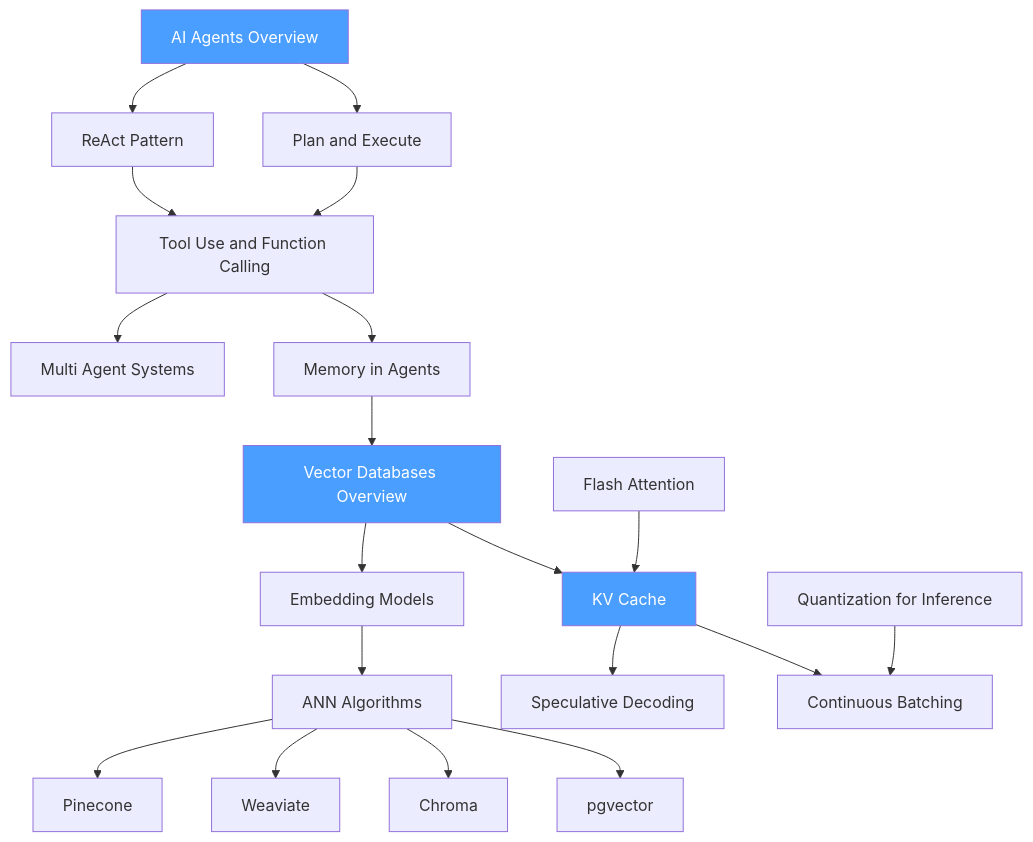
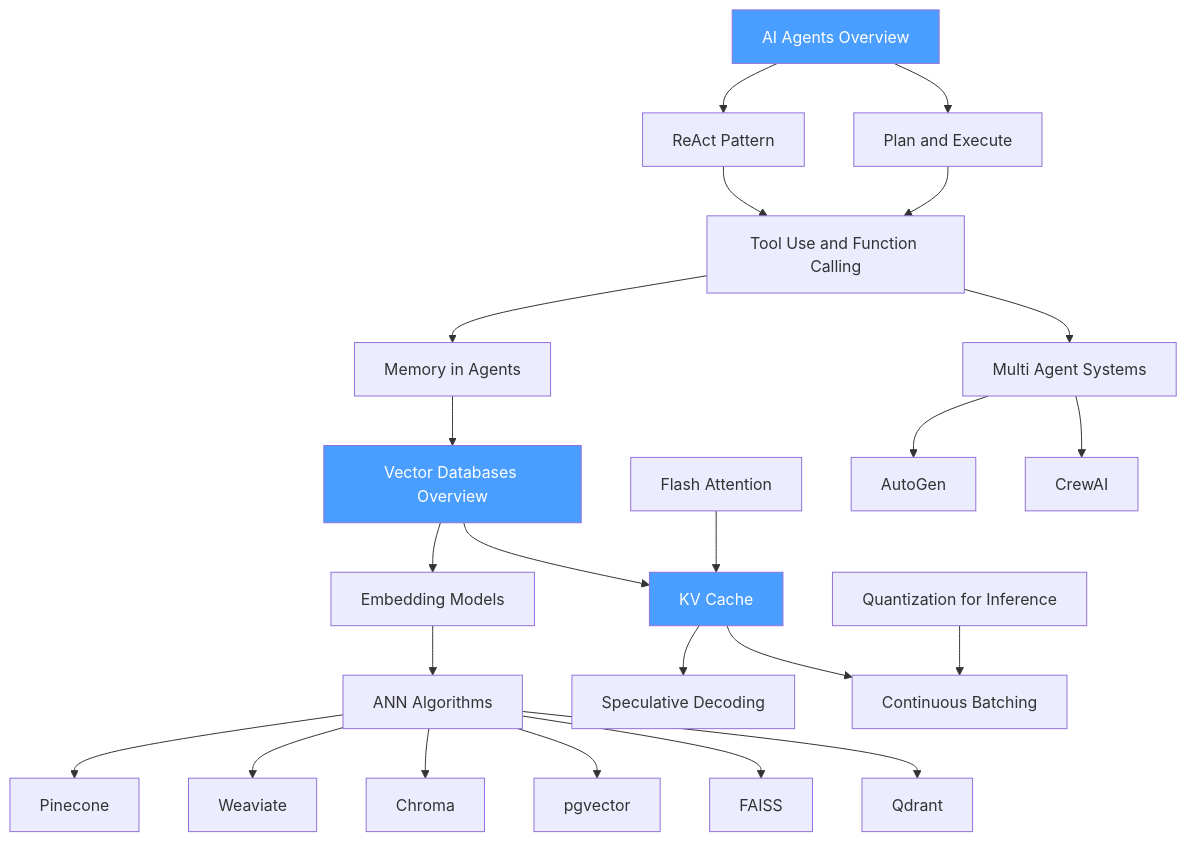
One commit to karanjain1601/Obsidian-Monday changed the diagram in AI-ML/05_Generative_AI/_MOC_Generative_AI.md. Above: the diagram before and after it, drawn with Mermaid. The commit also changed other lines of this file and 953 other files, not shown here.

````diff
--- a/AI-ML/05_Generative_AI/_MOC_Generative_AI.md
+++ b/AI-ML/05_Generative_AI/_MOC_Generative_AI.md
@@ -19,44 +19,48 @@
 ```mermaid
 graph TD
     AgentsOverview["AI Agents Overview"]
     ReAct["ReAct Pattern"]
     PlanExecute["Plan and Execute"]
     ToolUse["Tool Use and Function Calling"]
     MultiAgent["Multi Agent Systems"]
     MemoryAgents["Memory in Agents"]
     VectorDBOverview["Vector Databases Overview"]
     EmbeddingModels["Embedding Models"]
     ANNAlgorithms["ANN Algorithms"]
     Pinecone["Pinecone"]
     Weaviate["Weaviate"]
     Chroma["Chroma"]
     pgvector["pgvector"]
     KVCache["KV Cache"]
     SpecDecoding["Speculative Decoding"]
     ContinuousBatching["Continuous Batching"]
     FlashAttention["Flash Attention"]
     QuantizationInf["Quantization for Inference"]
 
     AgentsOverview --> ReAct
     AgentsOverview --> PlanExecute
     ReAct --> ToolUse
     PlanExecute --> ToolUse
     ToolUse --> MultiAgent
     ToolUse --> MemoryAgents
     MemoryAgents --> VectorDBOverview
     VectorDBOverview --> EmbeddingModels
     EmbeddingModels --> ANNAlgorithms
     ANNAlgorithms --> Pinecone
     ANNAlgorithms --> Weaviate
     ANNAlgorithms --> Chroma
     ANNAlgorithms --> pgvector
+    ANNAlgorithms --> FAISS["FAISS"]
+    ANNAlgorithms --> Qdrant["Qdrant"]
+    MultiAgent --> AutoGen["AutoGen"]
+    MultiAgent --> CrewAI["CrewAI"]
     VectorDBOverview --> KVCache
     KVCache --> SpecDecoding
     KVCache --> ContinuousBatching
     FlashAttention --> KVCache
     QuantizationInf --> ContinuousBatching
 
     style AgentsOverview fill:#4a9eff,color:#fff
     style VectorDBOverview fill:#4a9eff,color:#fff
     style KVCache fill:#4a9eff,color:#fff
 ```
````
